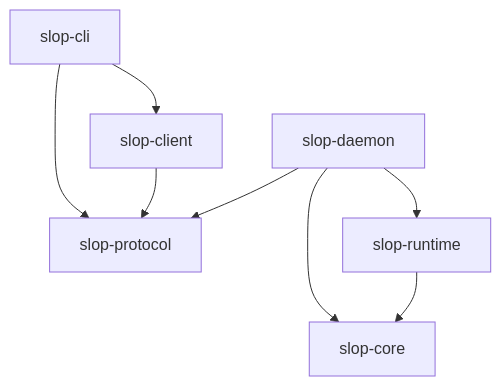
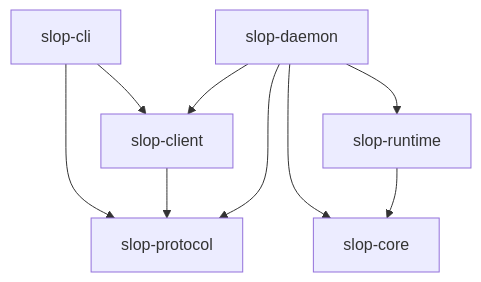
The second of 2 diagrams in docs/architecture.md (Araozu/slopconductor), drawn with Mermaid before and after one commit. The commit also changed other lines of this file and 45 other files, not shown here.

````diff
--- a/docs/architecture.md
+++ b/docs/architecture.md
@@ -71,10 +71,11 @@
 ```mermaid
 flowchart TD
     CLI[slop-cli] --> Client[slop-client]
     CLI --> Protocol[slop-protocol]
     Client --> Protocol
-    Daemon[slop-daemon] --> Protocol
+    Daemon[slop-daemon] --> Client[slop-client]
+    Daemon --> Protocol
     Daemon --> Runtime[slop-runtime]
     Daemon --> Core[slop-core]
     Runtime --> Core[slop-core]
 ```
````
